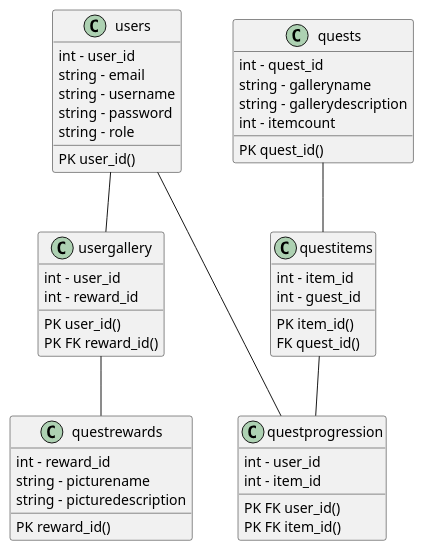
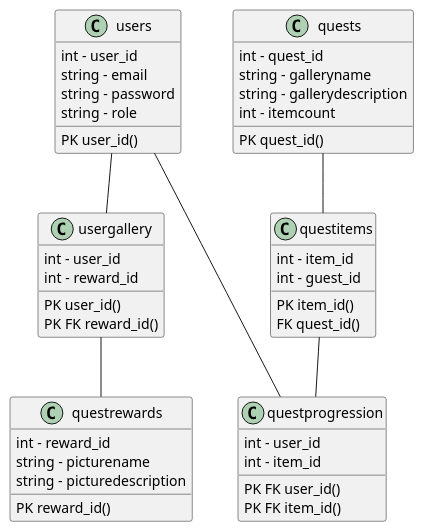
One commit to freebattie/ARtQuestServer changed the diagram in db/UML/Database.puml. Above: the diagram before and after it, drawn with PlantUML. The commit also changed 15 other files, not shown here.

```diff
--- a/db/UML/Database.puml
+++ b/db/UML/Database.puml
@@ -1,59 +1,58 @@
 @startuml
 'https://plantuml.com/class-diagram
 
 users -- usergallery
 usergallery -- questrewards
 users --- questprogression
 
 quests -- questitems
 questitems -- questprogression
 
 
 class users {
     int - user_id
     string - email
-    string - username
     string - password
     string - role
     PK user_id()
 }
 
 class usergallery {
     int - user_id
     int - reward_id
 
     PK user_id()
     PK FK reward_id()
 }
 
 class quests {
     int - quest_id
     string - galleryname
     string - gallerydescription
     int - itemcount
     PK quest_id()
 }
 
 class questrewards {
     int - reward_id
     string - picturename
     string - picturedescription
     PK reward_id()
 }
 
 class questitems {
     int - item_id
     int - guest_id
 
     PK item_id()
     FK quest_id()
 }
 
 class questprogression {
     int - user_id
     int - item_id
     PK FK user_id()
     PK FK item_id()
 }
 
 @enduml
```
